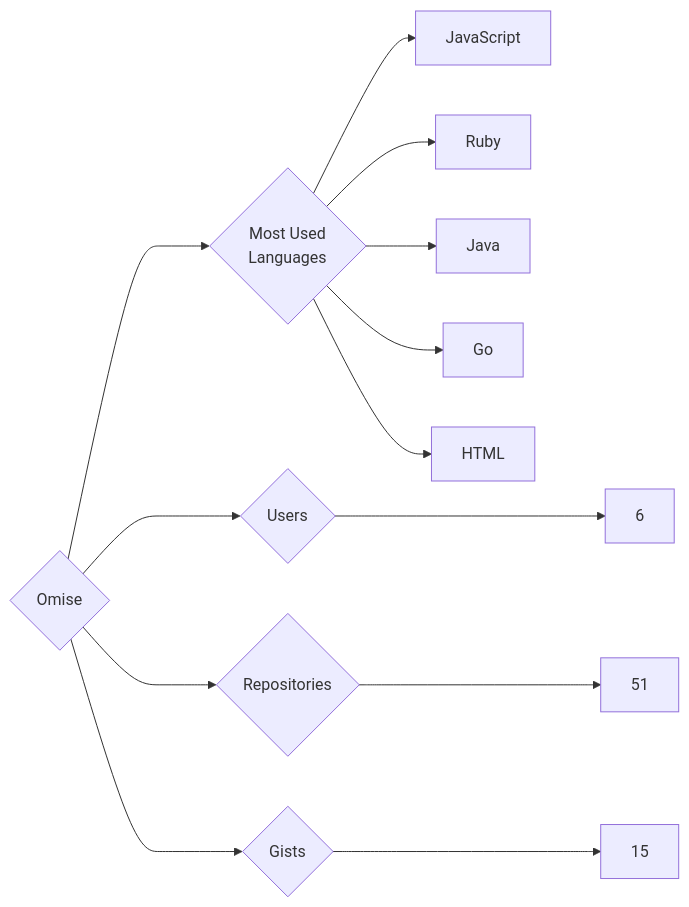
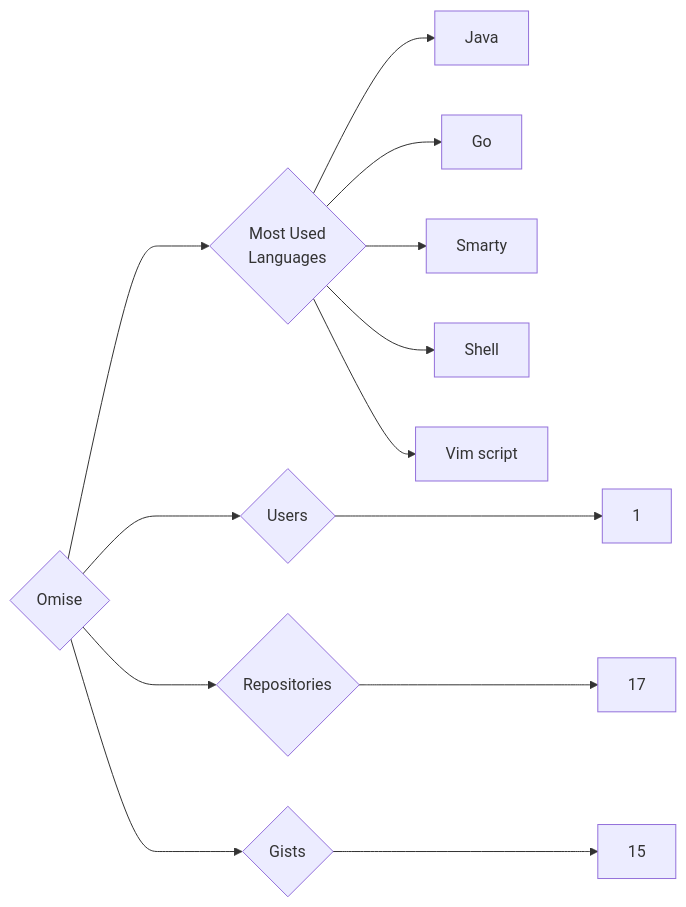
The diagram in targets/Omise/README.md (trickest/insiders), drawn with Mermaid before and after one commit. The commit also changed 1011 other files, not shown here.

````diff
--- a/targets/Omise/README.md
+++ b/targets/Omise/README.md
@@ -3,13 +3,13 @@
 ```mermaid
 graph LR
 COMPANY_NAME{Omise}
-COMPANY_NAME ---> U{Users} ---> UN[6]
-COMPANY_NAME ---> R{Repositories} ---> RN[51]
+COMPANY_NAME ---> U{Users} ---> UN[1]
+COMPANY_NAME ---> R{Repositories} ---> RN[17]
 COMPANY_NAME ---> G{Gists} ---> GN[15]
 COMPANY_NAME ---> ML{Most Used<br>Languages}
-ML --> JavaScript[JavaScript]
-ML --> Ruby[Ruby]
 ML --> Java[Java]
 ML --> Go[Go]
-ML --> HTML[HTML]
+ML --> Smarty[Smarty]
+ML --> Shell[Shell]
+ML --> Vim_script[Vim script]
 ```
````
